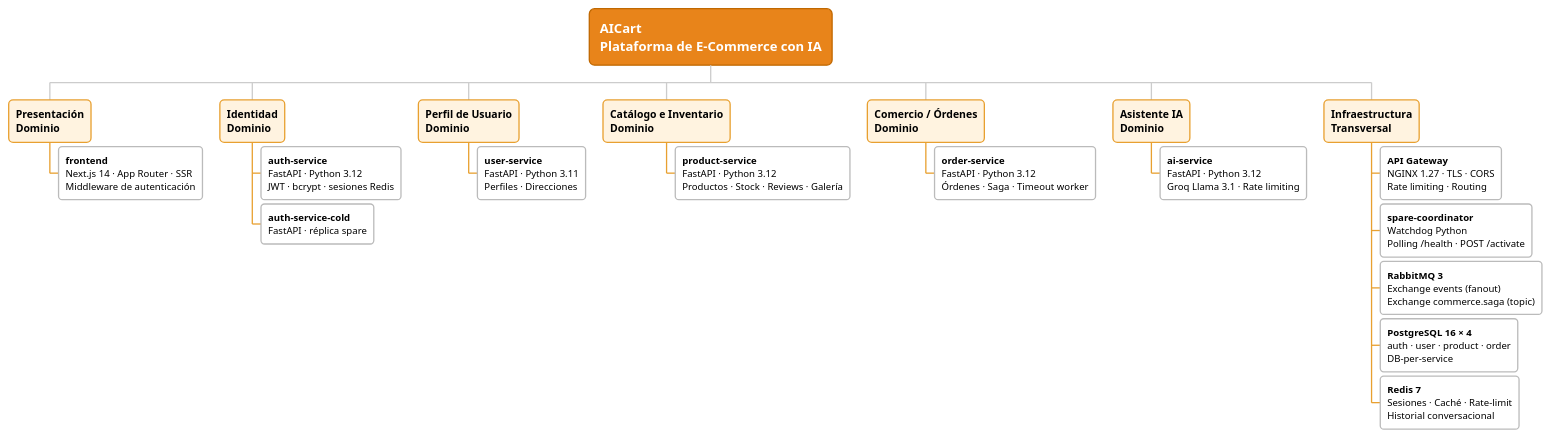
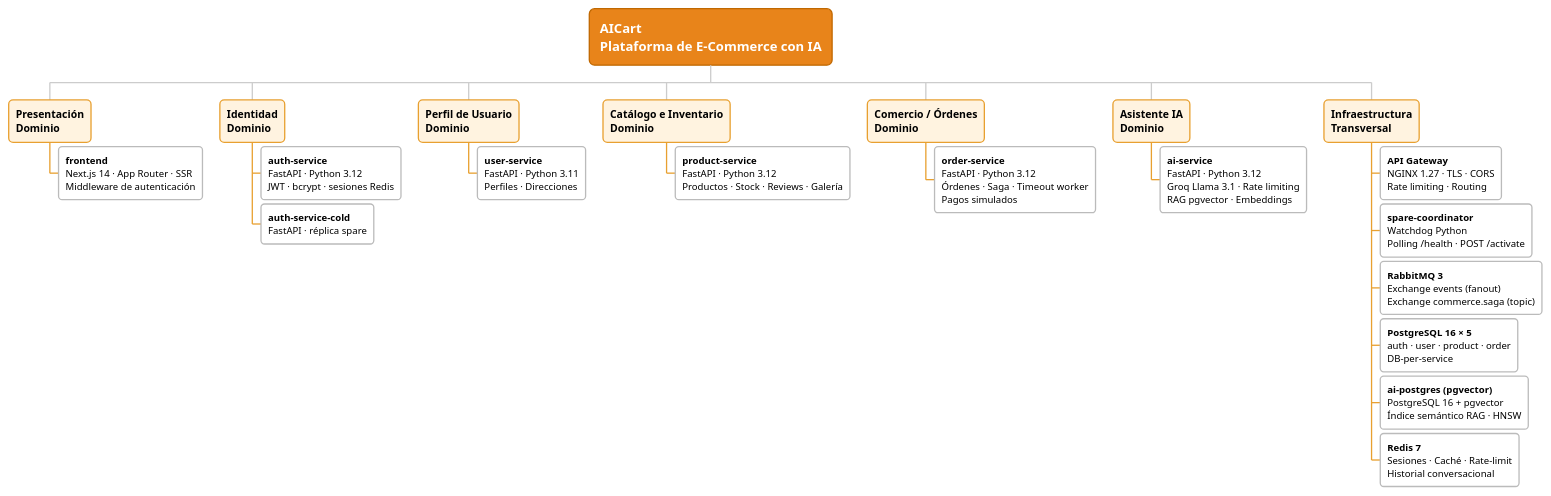
The diagram in docs/architecture/Decomposition_Current.puml (jpastor1649/ecommerce-project), drawn with PlantUML before and after one commit. The commit also changed 5 other files, not shown here.

First line of the commit message:
docs: update deployment, decomposition and n-tier diagrams

```diff
--- a/docs/architecture/Decomposition_Current.puml
+++ b/docs/architecture/Decomposition_Current.puml
@@ -1,80 +1,81 @@
 @startwbs
 <style>
 wbsDiagram {
   BackgroundColor #FFFFFF
   LineColor #CCCCCC
   LineThickness 1.5
 
   node {
     BackgroundColor #FFFFFF
     LineColor #CCCCCC
     RoundCorner 10
     FontName Arial
     FontSize 12
     Padding 8
     Margin 5
   }
 
   rootNode {
     BackgroundColor #E8841A
     FontColor #FFFFFF
     FontStyle bold
     FontSize 15
     LineColor #C06800
     RoundCorner 12
     Padding 12
   }
 
   :depth(1) {
     BackgroundColor #FFF3E0
     LineColor #E8A030
     FontStyle bold
     FontSize 12
     RoundCorner 10
   }
 
   :depth(2) {
     BackgroundColor #FFFFFF
     LineColor #BBBBBB
     FontSize 11
     RoundCorner 8
   }
 
   :depth(3) {
     BackgroundColor #F0FFF0
     LineColor #88CC88
     FontSize 10
     RoundCorner 6
   }
 }
 </style>
 
 * <b>AICart</b>\nPlataforma de E-Commerce con IA
 
 ** Presentación\n<b>Dominio</b>
 *** <b>frontend</b>\nNext.js 14 · App Router · SSR\nMiddleware de autenticación
 
 ** Identidad\n<b>Dominio</b>
 *** <b>auth-service</b>\nFastAPI · Python 3.12\nJWT · bcrypt · sesiones Redis
 *** <b>auth-service-cold</b>\nFastAPI · réplica spare
 
 ** Perfil de Usuario\n<b>Dominio</b>
 *** <b>user-service</b>\nFastAPI · Python 3.11\nPerfiles · Direcciones
 
 ** Catálogo e Inventario\n<b>Dominio</b>
 *** <b>product-service</b>\nFastAPI · Python 3.12\nProductos · Stock · Reviews · Galería
 
 ** Comercio / Órdenes\n<b>Dominio</b>
-*** <b>order-service</b>\nFastAPI · Python 3.12\nÓrdenes · Saga · Timeout worker
+*** <b>order-service</b>\nFastAPI · Python 3.12\nÓrdenes · Saga · Timeout worker\nPagos simulados
 
 ** Asistente IA\n<b>Dominio</b>
-*** <b>ai-service</b>\nFastAPI · Python 3.12\nGroq Llama 3.1 · Rate limiting
+*** <b>ai-service</b>\nFastAPI · Python 3.12\nGroq Llama 3.1 · Rate limiting\nRAG pgvector · Embeddings
 
 ** Infraestructura\n<b>Transversal</b>
 *** <b>API Gateway</b>\nNGINX 1.27 · TLS · CORS\nRate limiting · Routing
 *** <b>spare-coordinator</b>\nWatchdog Python\nPolling /health · POST /activate
 *** <b>RabbitMQ 3</b>\nExchange events (fanout)\nExchange commerce.saga (topic)
-*** <b>PostgreSQL 16 × 4</b>\nauth · user · product · order\nDB-per-service
+*** <b>PostgreSQL 16 × 5</b>\nauth · user · product · order\nDB-per-service
+*** <b>ai-postgres (pgvector)</b>\nPostgreSQL 16 + pgvector\nÍndice semántico RAG · HNSW
 *** <b>Redis 7</b>\nSesiones · Caché · Rate-limit\nHistorial conversacional
 
 @endwbs
```
